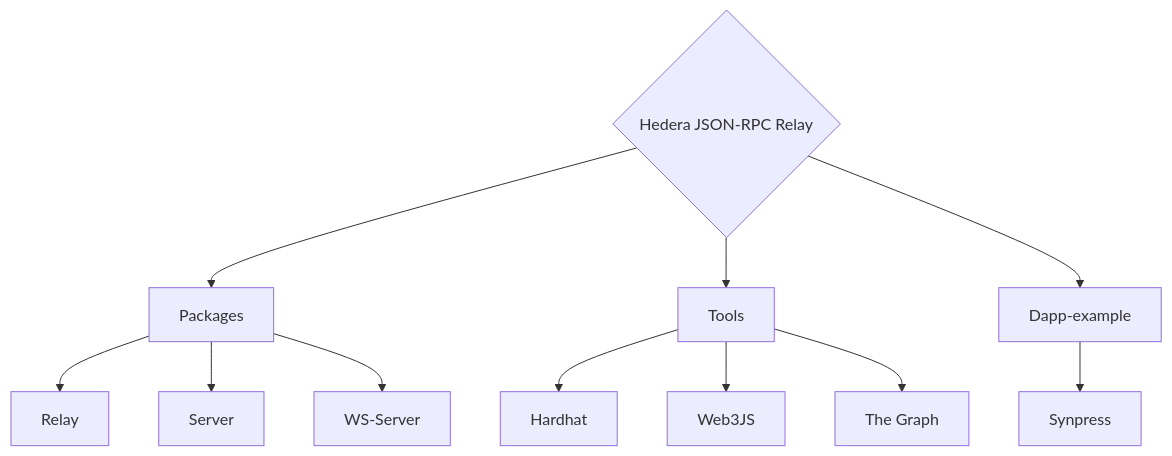
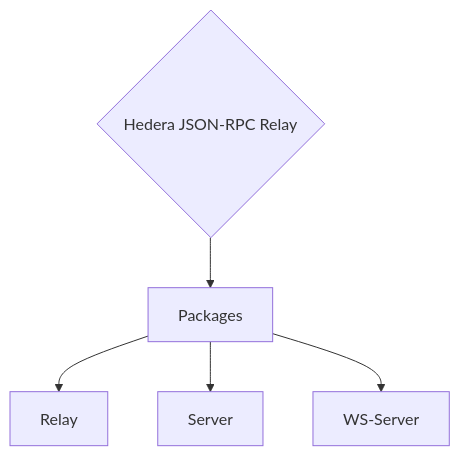
Before and after one commit to hiero-ledger/hiero-json-rpc-relay: the diagram in docs/diagrams/project-overview-diagram.md, drawn with Mermaid. The commit also changed 392 other files, not shown here.

````diff
--- a/docs/diagrams/project-overview-diagram.md
+++ b/docs/diagrams/project-overview-diagram.md
@@ -1,14 +1,8 @@
 ```mermaid
 flowchart TD
 A{Hedera JSON-RPC Relay}
 A --> B[Packages]
-A --> C[Tools]
-A --> D[Dapp-example]
 B --> E[Relay]
 B --> F[Server]
 B --> G[WS-Server]
-C --> H[Hardhat]
-C --> I[Web3JS]
-C --> J[The Graph]
-D --> K[Synpress]
 ```
````
